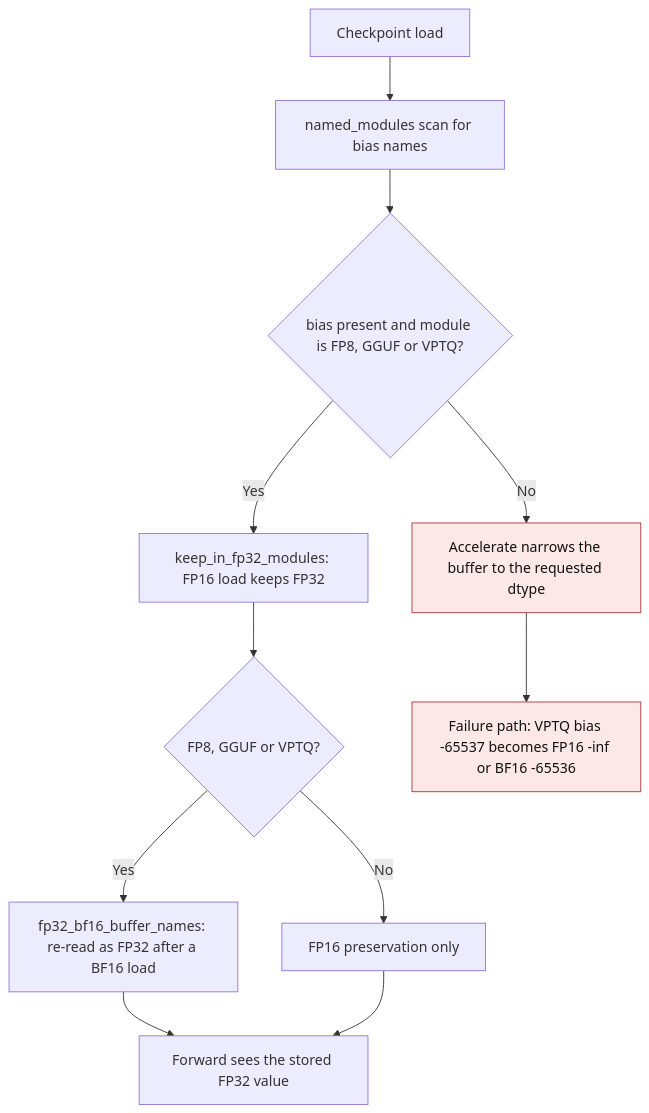
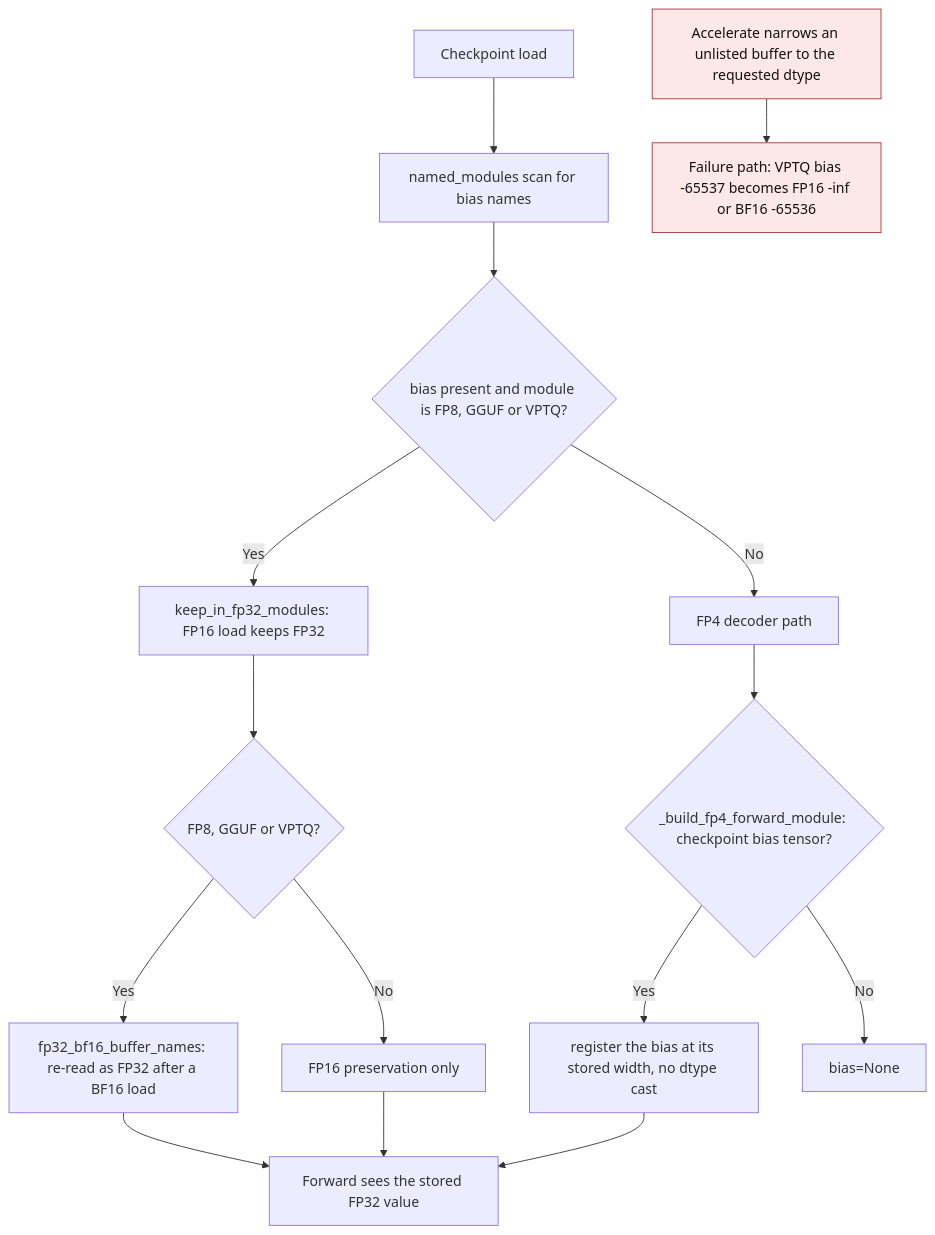
Before and after one commit to ModelCloud/GPTQModel: the second of 3 diagrams in docs/low-precision-bias-epilogue.md, drawn with Mermaid. The commit also changed other lines of this file and 1 other file, not shown here.

````diff
--- a/docs/low-precision-bias-epilogue.md
+++ b/docs/low-precision-bias-epilogue.md
@@ -46,15 +46,19 @@
 ```mermaid
 flowchart TD
     A["Checkpoint load"] --> B["named_modules scan for bias names"]
     B --> C{"bias present and module is FP8, GGUF or VPTQ?"}
-    C -- "No" --> D["Accelerate narrows the buffer to the requested dtype"]
+    C -- "No" --> P["FP4 decoder path"]
     C -- "Yes" --> E["keep_in_fp32_modules: FP16 load keeps FP32"]
     E --> F{"FP8, GGUF or VPTQ?"}
     F -- "Yes" --> G["fp32_bf16_buffer_names: re-read as FP32 after a BF16 load"]
     F -- "No" --> H["FP16 preservation only"]
     G --> I["Forward sees the stored FP32 value"]
     H --> I
-    D --> J["Failure path: VPTQ bias -65537 becomes FP16 -inf or BF16 -65536"]
+    P --> Q{"_build_fp4_forward_module: checkpoint bias tensor?"}
+    Q -- "Yes" --> R["register the bias at its stored width, no dtype cast"]
+    Q -- "No" --> S["bias=None"]
+    R --> I
+    D["Accelerate narrows an unlisted buffer to the requested dtype"] --> J["Failure path: VPTQ bias -65537 becomes FP16 -inf or BF16 -65536"]
     classDef failure fill:#fce8e6,stroke:#a33,color:#111
     class D,J failure
 ```
````
